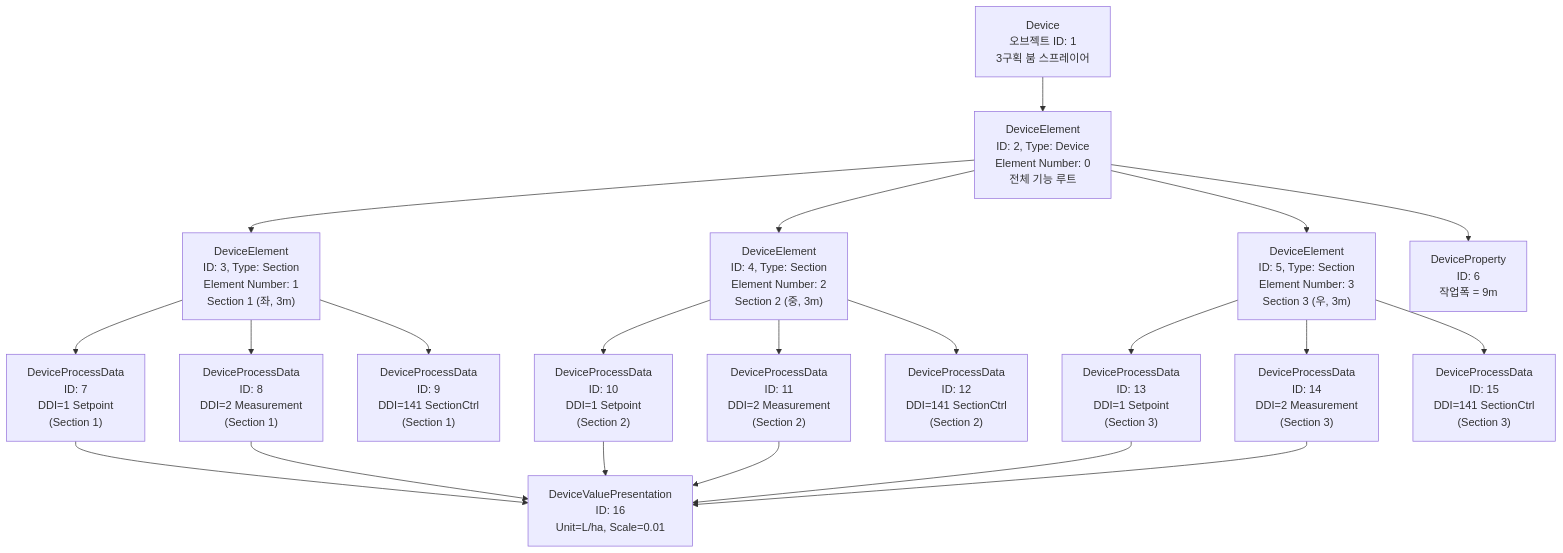
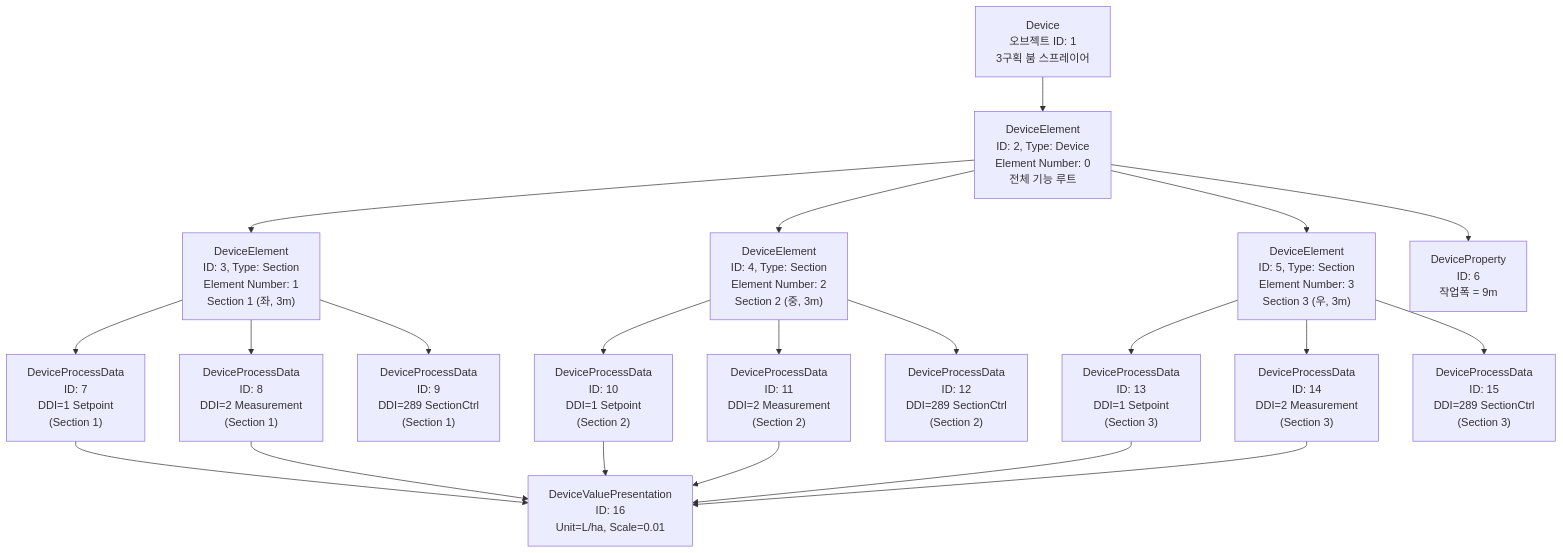
One commit to hobeen-kim/hobeen-kim.github.io changed the third of 3 diagrams in docs/_study/isobus/20-tc-ddop.md. Above: the diagram before and after it, drawn with Mermaid. The commit also changed other lines of this file and 18 other files, not shown here.

````diff
--- a/docs/_study/isobus/20-tc-ddop.md
+++ b/docs/_study/isobus/20-tc-ddop.md
@@ -151,53 +154,53 @@
 ```mermaid
 graph TD
     DVC["Device<br>오브젝트 ID: 1<br>3구획 붐 스프레이어"]
 
     DE0["DeviceElement<br>ID: 2, Type: Device<br>Element Number: 0<br>전체 기능 루트"]
 
     DE1["DeviceElement<br>ID: 3, Type: Section<br>Element Number: 1<br>Section 1 (좌, 3m)"]
 
     DE2["DeviceElement<br>ID: 4, Type: Section<br>Element Number: 2<br>Section 2 (중, 3m)"]
 
     DE3["DeviceElement<br>ID: 5, Type: Section<br>Element Number: 3<br>Section 3 (우, 3m)"]
 
     PROP["DeviceProperty<br>ID: 6<br>작업폭 = 9m"]
 
     DPD_SP1["DeviceProcessData<br>ID: 7<br>DDI=1 Setpoint<br>(Section 1)"]
     DPD_MS1["DeviceProcessData<br>ID: 8<br>DDI=2 Measurement<br>(Section 1)"]
-    DPD_SC1["DeviceProcessData<br>ID: 9<br>DDI=141 SectionCtrl<br>(Section 1)"]
+    DPD_SC1["DeviceProcessData<br>ID: 9<br>DDI=289 SectionCtrl<br>(Section 1)"]
 
     DPD_SP2["DeviceProcessData<br>ID: 10<br>DDI=1 Setpoint<br>(Section 2)"]
     DPD_MS2["DeviceProcessData<br>ID: 11<br>DDI=2 Measurement<br>(Section 2)"]
-    DPD_SC2["DeviceProcessData<br>ID: 12<br>DDI=141 SectionCtrl<br>(Section 2)"]
+    DPD_SC2["DeviceProcessData<br>ID: 12<br>DDI=289 SectionCtrl<br>(Section 2)"]
 
     DPD_SP3["DeviceProcessData<br>ID: 13<br>DDI=1 Setpoint<br>(Section 3)"]
     DPD_MS3["DeviceProcessData<br>ID: 14<br>DDI=2 Measurement<br>(Section 3)"]
-    DPD_SC3["DeviceProcessData<br>ID: 15<br>DDI=141 SectionCtrl<br>(Section 3)"]
+    DPD_SC3["DeviceProcessData<br>ID: 15<br>DDI=289 SectionCtrl<br>(Section 3)"]
 
     DVP["DeviceValuePresentation<br>ID: 16<br>Unit=L/ha, Scale=0.01"]
 
     DVC --> DE0
     DE0 --> DE1
     DE0 --> DE2
     DE0 --> DE3
     DE0 --> PROP
 
     DE1 --> DPD_SP1
     DE1 --> DPD_MS1
     DE1 --> DPD_SC1
 
     DE2 --> DPD_SP2
     DE2 --> DPD_MS2
     DE2 --> DPD_SC2
 
     DE3 --> DPD_SP3
     DE3 --> DPD_MS3
     DE3 --> DPD_SC3
 
     DPD_SP1 --> DVP
     DPD_MS1 --> DVP
     DPD_SP2 --> DVP
     DPD_MS2 --> DVP
     DPD_SP3 --> DVP
     DPD_MS3 --> DVP
 ```
````
